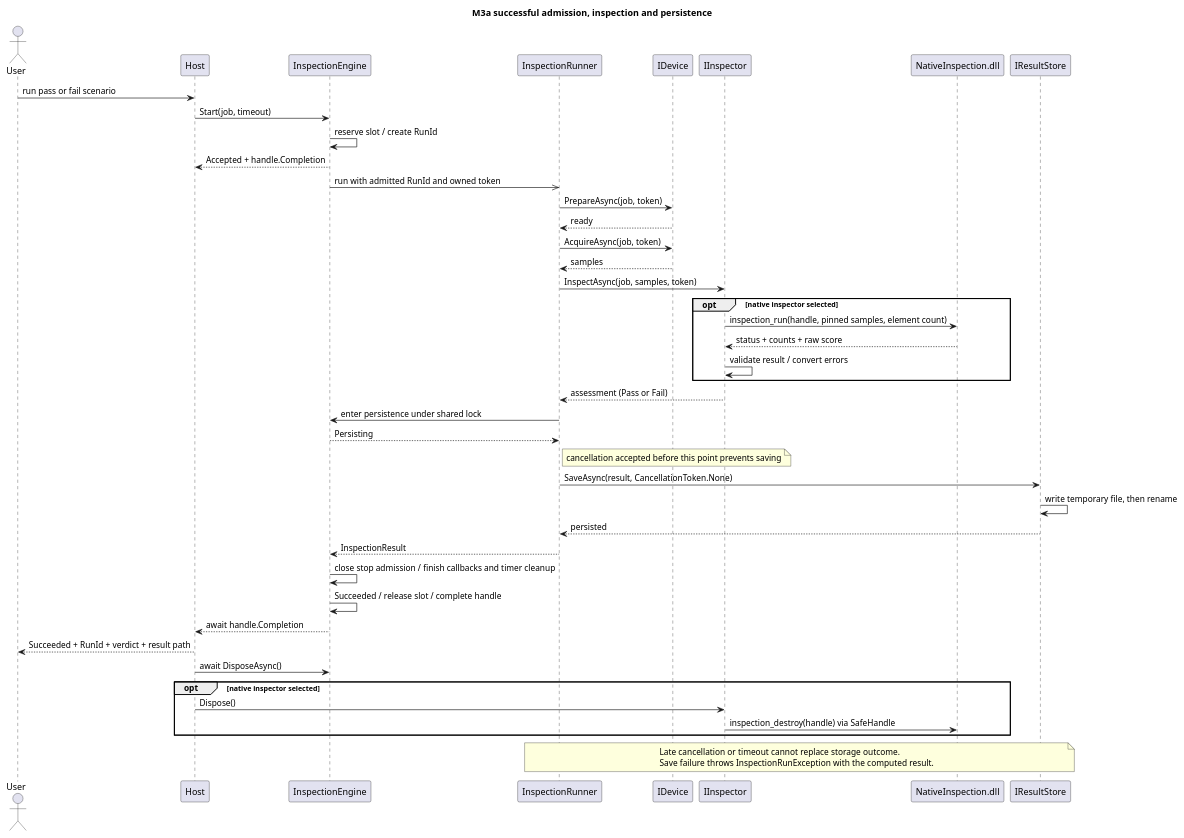
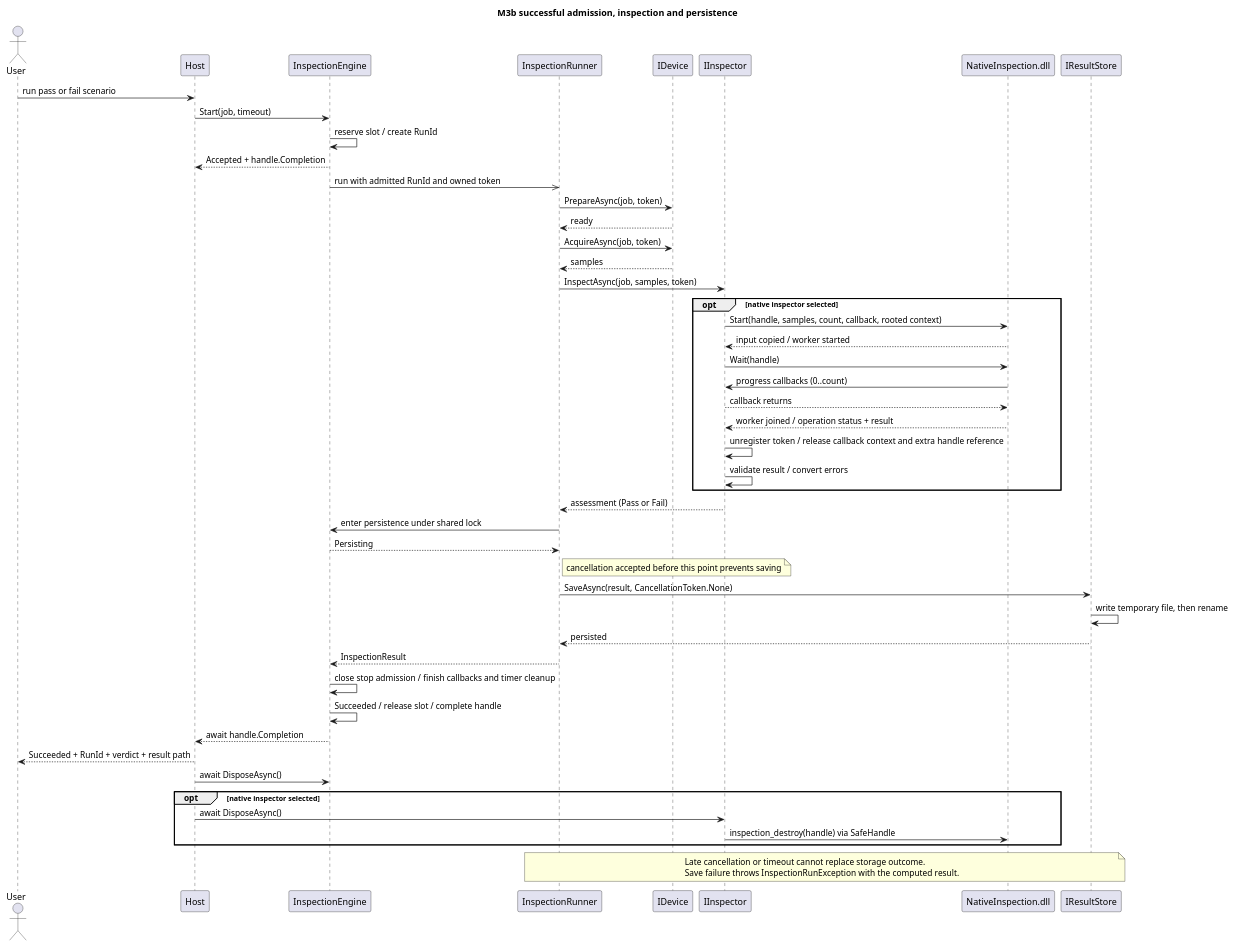
One commit to Myoungmin/CSharp-InspectionCore-Lab changed the diagram in docs/diagrams/run-sequence.puml. Above: the diagram before and after it, drawn with PlantUML. The commit also changed 43 other files, not shown here.

```diff
--- a/docs/diagrams/run-sequence.puml
+++ b/docs/diagrams/run-sequence.puml
@@ -1,47 +1,52 @@
 @startuml run-sequence
-title M3a successful admission, inspection and persistence
+title M3b successful admission, inspection and persistence
 actor User
 participant Host
 participant InspectionEngine as Engine
 participant InspectionRunner as Runner
 participant IDevice as Device
 participant IInspector as Inspector
 participant "NativeInspection.dll" as DLL
 participant IResultStore as Store
 User -> Host : run pass or fail scenario
 Host -> Engine : Start(job, timeout)
 Engine -> Engine : reserve slot / create RunId
 Engine --> Host : Accepted + handle.Completion
 Engine ->> Runner : run with admitted RunId and owned token
 Runner -> Device : PrepareAsync(job, token)
 Device --> Runner : ready
 Runner -> Device : AcquireAsync(job, token)
 Device --> Runner : samples
 Runner -> Inspector : InspectAsync(job, samples, token)
 opt native inspector selected
-Inspector -> DLL : inspection_run(handle, pinned samples, element count)
-DLL --> Inspector : status + counts + raw score
+Inspector -> DLL : Start(handle, samples, count, callback, rooted context)
+DLL --> Inspector : input copied / worker started
+Inspector -> DLL : Wait(handle)
+DLL -> Inspector : progress callbacks (0..count)
+Inspector --> DLL : callback returns
+DLL --> Inspector : worker joined / operation status + result
+Inspector -> Inspector : unregister token / release callback context and extra handle reference
 Inspector -> Inspector : validate result / convert errors
 end
 Inspector --> Runner : assessment (Pass or Fail)
 Runner -> Engine : enter persistence under shared lock
 Engine --> Runner : Persisting
 note right of Runner : cancellation accepted before this point prevents saving
 Runner -> Store : SaveAsync(result, CancellationToken.None)
 Store -> Store : write temporary file, then rename
 Store --> Runner : persisted
 Runner --> Engine : InspectionResult
 Engine -> Engine : close stop admission / finish callbacks and timer cleanup
 Engine -> Engine : Succeeded / release slot / complete handle
 Engine --> Host : await handle.Completion
 Host --> User : Succeeded + RunId + verdict + result path
 Host -> Engine : await DisposeAsync()
 opt native inspector selected
-Host -> Inspector : Dispose()
+Host -> Inspector : await DisposeAsync()
 Inspector -> DLL : inspection_destroy(handle) via SafeHandle
 end
 note over Runner, Store
 Late cancellation or timeout cannot replace storage outcome.
 Save failure throws InspectionRunException with the computed result.
 end note
 @enduml
```
